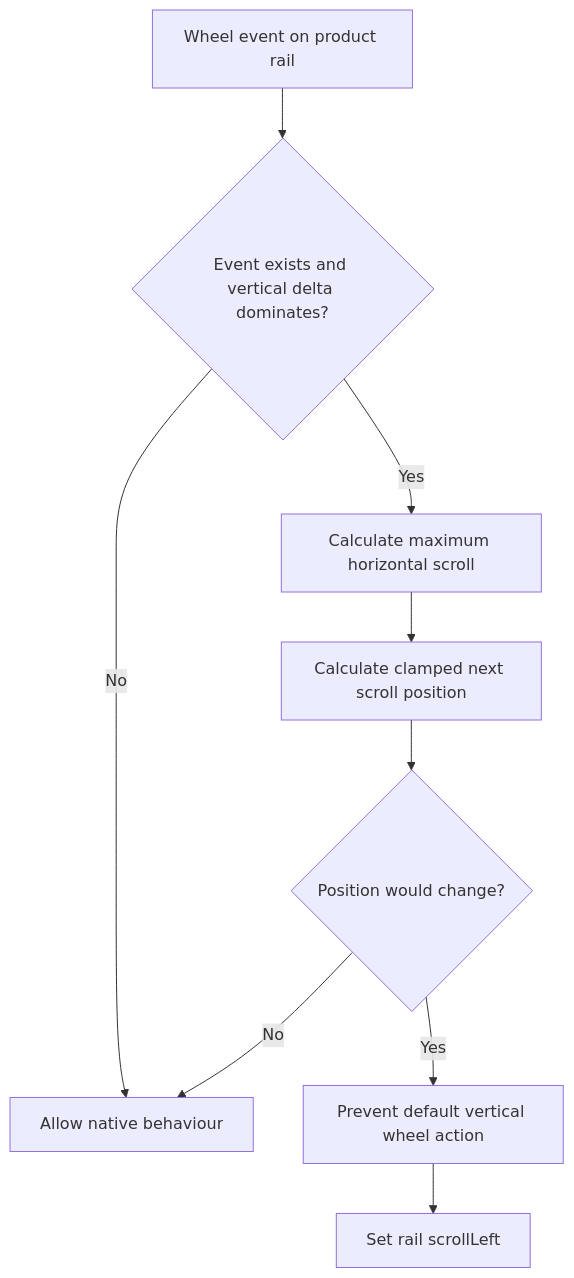
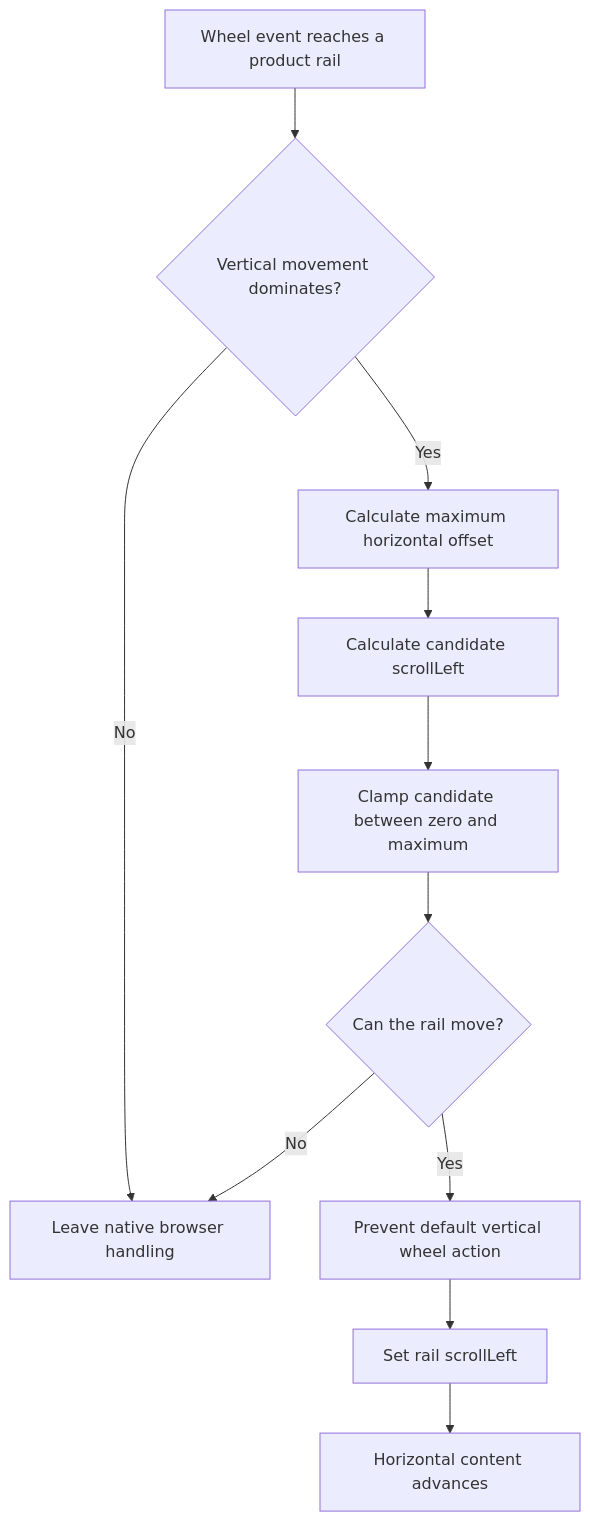
The third of 4 diagrams in docs/workflow.md (Brajesh31/Amazon_Clone), drawn with Mermaid before and after one commit. The commit also changed other lines of this file, not shown here.

````diff
--- a/docs/workflow.md
+++ b/docs/workflow.md
@@ -52,11 +71,13 @@
 ```mermaid
 flowchart TD
-    A[Wheel event on product rail] --> B{Event exists and vertical delta dominates?}
-    B -- No --> C[Allow native behaviour]
-    B -- Yes --> D[Calculate maximum horizontal scroll]
-    D --> E[Calculate clamped next scroll position]
-    E --> F{Position would change?}
-    F -- No --> C
-    F -- Yes --> G[Prevent default vertical wheel action]
-    G --> H[Set rail scrollLeft]
+    A[Wheel event reaches a product rail] --> B{Vertical movement dominates?}
+    B -- No --> C[Leave native browser handling]
+    B -- Yes --> D[Calculate maximum horizontal offset]
+    D --> E[Calculate candidate scrollLeft]
+    E --> F[Clamp candidate between zero and maximum]
+    F --> G{Can the rail move?}
+    G -- No --> C
+    G -- Yes --> H[Prevent default vertical wheel action]
+    H --> I[Set rail scrollLeft]
+    I --> J[Horizontal content advances]
 ```
````
